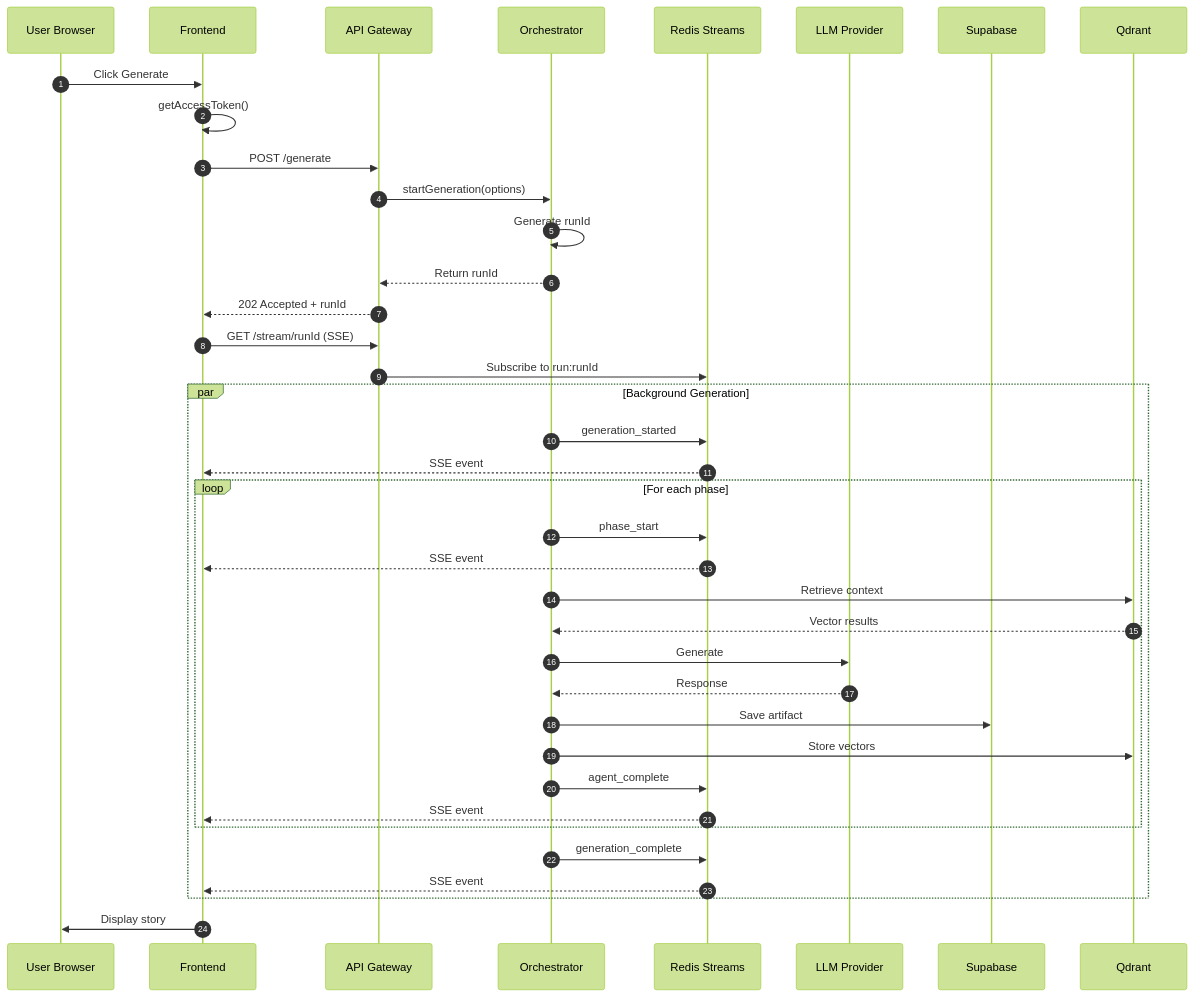
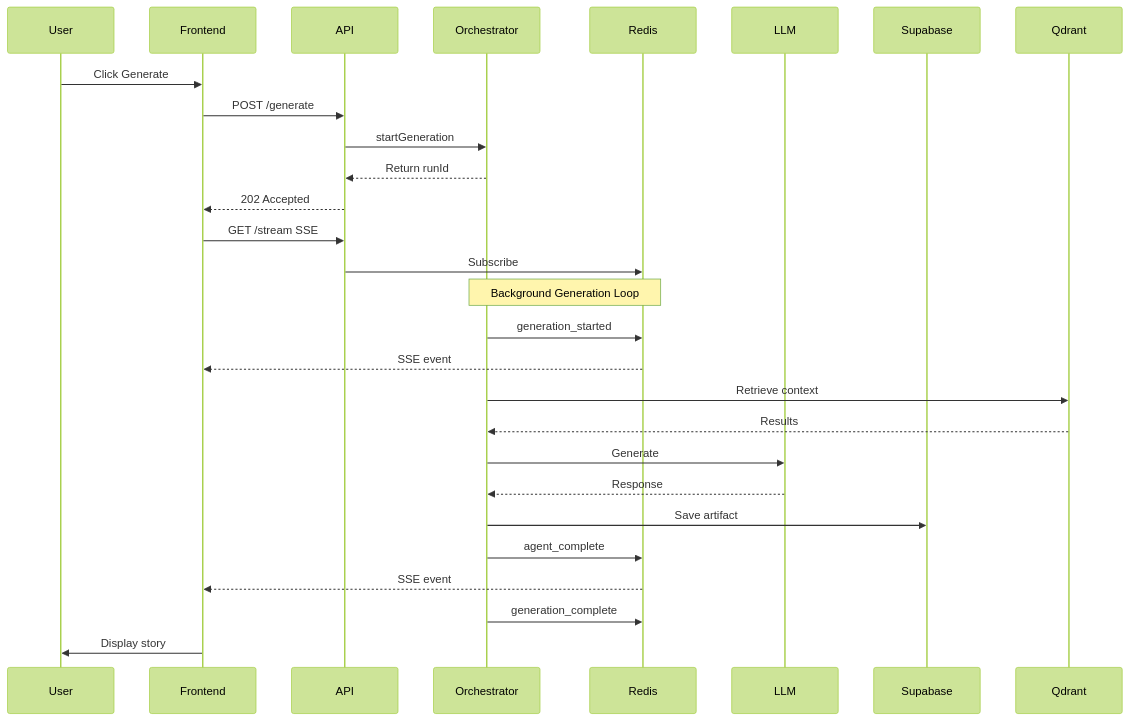
Before and after one commit to IShalkin/manoe: the second of 9 diagrams in README.md, drawn with Mermaid (forest theme). The commit also changed other lines of this file, not shown here.

First line of the commit message:
fix: Simplify Mermaid diagrams for GitHub compatibility

````diff
--- a/README.md
+++ b/README.md
@@ -85,46 +85,32 @@
 ```mermaid
 sequenceDiagram
-    autonumber
-    participant User as User Browser
+    participant User
     participant FE as Frontend
-    participant API as API Gateway
+    participant API
     participant Orch as Orchestrator
-    participant Redis as Redis Streams
-    participant LLM as LLM Provider
+    participant Redis
+    participant LLM
     participant DB as Supabase
     participant Vec as Qdrant
 
     User->>FE: Click Generate
-    FE->>FE: getAccessToken()
     FE->>API: POST /generate
-    API->>Orch: startGeneration(options)
-    Orch->>Orch: Generate runId
+    API->>Orch: startGeneration
     Orch-->>API: Return runId
-    API-->>FE: 202 Accepted + runId
+    API-->>FE: 202 Accepted
+    FE->>API: GET /stream SSE
+    API->>Redis: Subscribe
     
-    FE->>API: GET /stream/runId (SSE)
-    API->>Redis: Subscribe to run:runId
-    
-    par Background Generation
-        Orch->>Redis: generation_started
-        Redis-->>FE: SSE event
-        
-        loop For each phase
-            Orch->>Redis: phase_start
-            Redis-->>FE: SSE event
-            Orch->>Vec: Retrieve context
-            Vec-->>Orch: Vector results
-            Orch->>LLM: Generate
-            LLM-->>Orch: Response
-            Orch->>DB: Save artifact
-            Orch->>Vec: Store vectors
-            Orch->>Redis: agent_complete
-            Redis-->>FE: SSE event
-        end
-        
-        Orch->>Redis: generation_complete
-        Redis-->>FE: SSE event
-    end
-    
+    Note over Orch,Redis: Background Generation Loop
+    Orch->>Redis: generation_started
+    Redis-->>FE: SSE event
+    Orch->>Vec: Retrieve context
+    Vec-->>Orch: Results
+    Orch->>LLM: Generate
+    LLM-->>Orch: Response
+    Orch->>DB: Save artifact
+    Orch->>Redis: agent_complete
+    Redis-->>FE: SSE event
+    Orch->>Redis: generation_complete
     FE->>User: Display story
 ```
````
